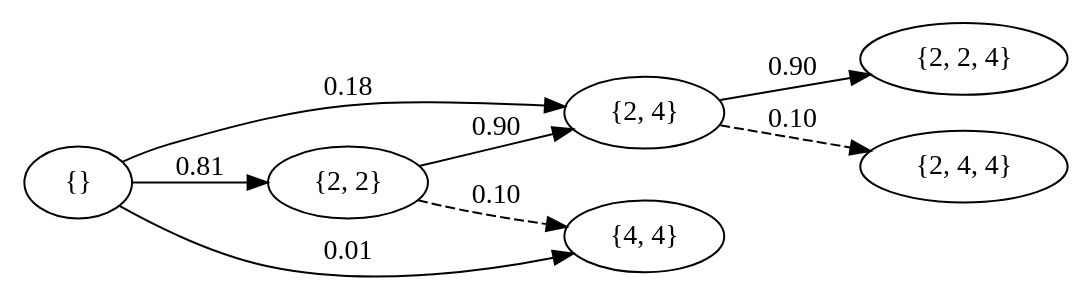
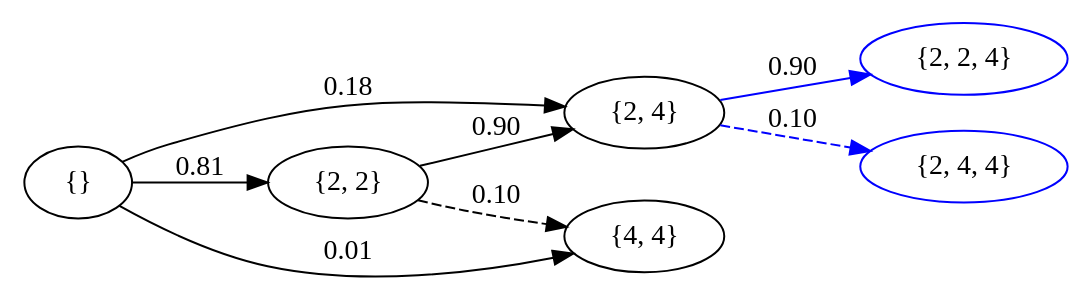
Before and after one commit to jdleesmiller/jdleesmiller.github.io: the diagram in assets/2048/markov_chain_2.dot, drawn with Graphviz. The commit also changed 5 other files, not shown here.

```diff
--- a/assets/2048/markov_chain_2.dot
+++ b/assets/2048/markov_chain_2.dot
@@ -1,17 +1,17 @@
 digraph {
   rankdir=LR;
   s_ [label="{}"];
   s_2_2 [label="{2, 2}"];
   s_2_4 [label="{2, 4}"];
-  s_2_2_4 [label="{2, 2, 4}"];
+  s_2_2_4 [label="{2, 2, 4}", color=blue];
   s_4_4 [label="{4, 4}"];
-  s_2_4_4 [label="{2, 4, 4}"];
+  s_2_4_4 [label="{2, 4, 4}", color=blue];
 
   s_ -> s_2_2 [label="0.81"]
   s_ -> s_2_4 [label="0.18"]
   s_ -> s_4_4 [label="0.01"]
   s_2_2 -> s_2_4 [label="0.90"]
   s_2_2 -> s_4_4 [style=dashed, label="0.10"]
-  s_2_4 -> s_2_2_4 [label="0.90"]
-  s_2_4 -> s_2_4_4 [style=dashed, label="0.10"]
+  s_2_4 -> s_2_2_4 [label="0.90", color=blue]
+  s_2_4 -> s_2_4_4 [style=dashed, label="0.10", color=blue]
 }
```
